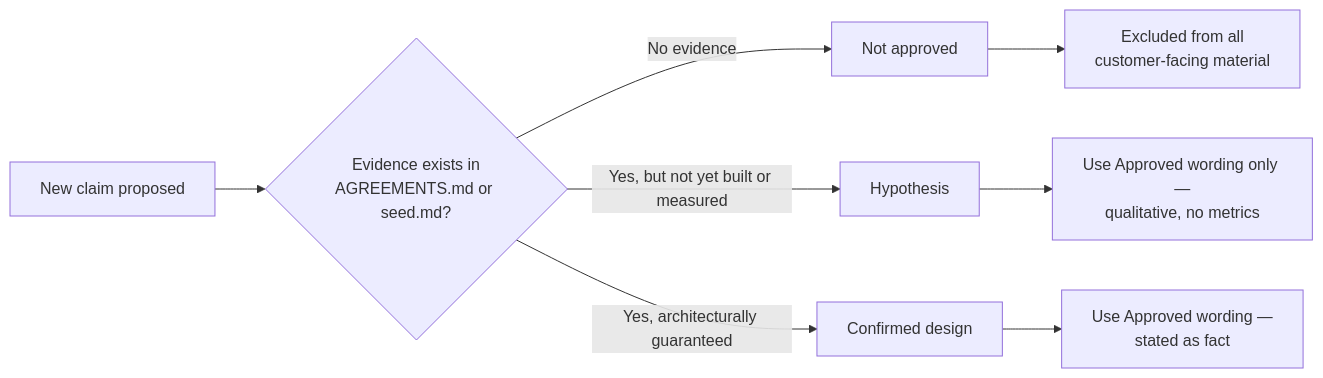
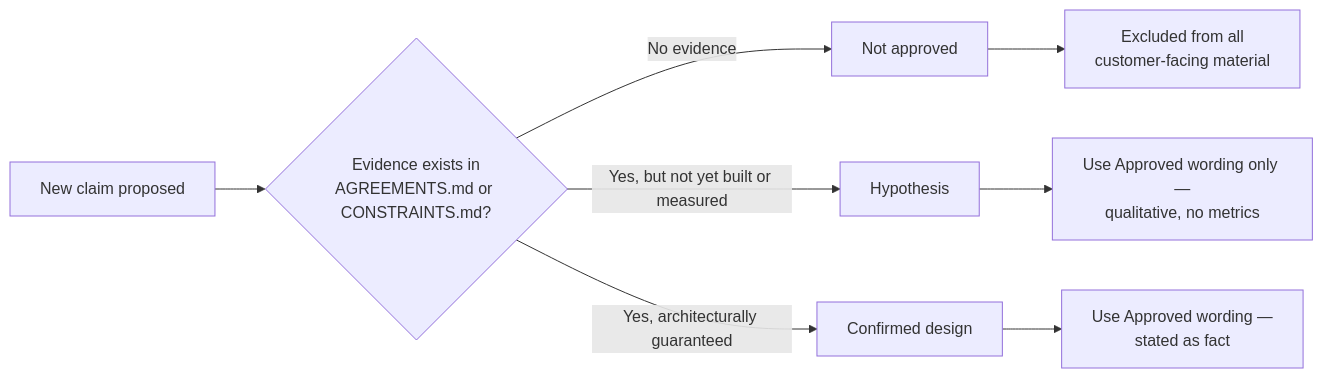
Before and after one commit to veglezMX/guardrails: the diagram in solution-docs/70-governance/CLAIMS-REGISTER.md, drawn with Mermaid. The commit also changed other lines of this file and 91 other files, not shown here.

````diff
--- a/solution-docs/70-governance/CLAIMS-REGISTER.md
+++ b/solution-docs/70-governance/CLAIMS-REGISTER.md
@@ -67,10 +67,10 @@
 ```mermaid
 flowchart LR
-    A[New claim proposed] --> B{Evidence exists in\nAGREEMENTS.md or seed.md?}
+    A[New claim proposed] --> B{Evidence exists in\nAGREEMENTS.md or CONSTRAINTS.md?}
     B -- No evidence --> C[Not approved]
     B -- "Yes, but not yet built or measured" --> D[Hypothesis]
     B -- "Yes, architecturally guaranteed" --> E[Confirmed design]
     D --> F[Use Approved wording only —\nqualitative, no metrics]
     E --> G[Use Approved wording —\nstated as fact]
     C --> H[Excluded from all\ncustomer-facing material]
 ```
````
